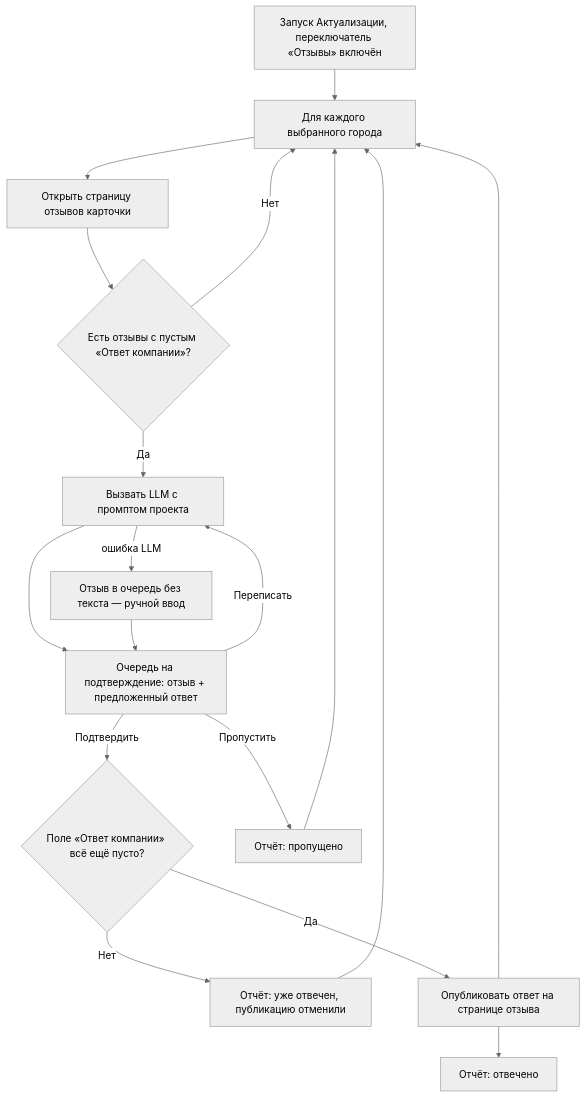
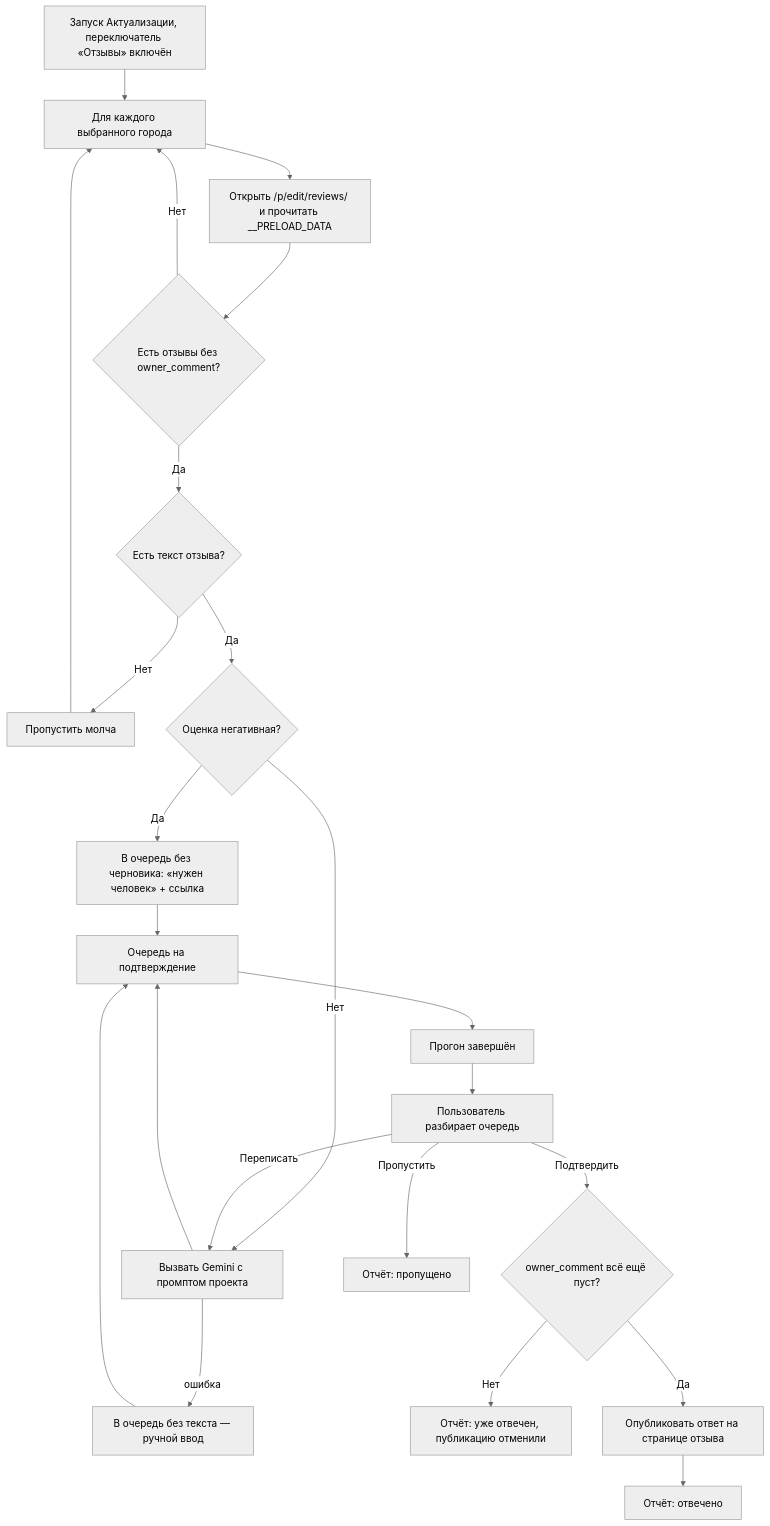
One commit to mag66530/Click changed the second of 4 diagrams in ПОСТАНОВКА-Отзывы.md. Above: the diagram before and after it, drawn with Mermaid (neutral theme). The commit also changed other lines of this file and 1 other file, not shown here.

First line of the commit message:
Отзывы: разбор живой страницы, фикстура, редакция 3 постановки

````diff
--- a/ПОСТАНОВКА-Отзывы.md
+++ b/ПОСТАНОВКА-Отзывы.md
@@ -140,20 +150,25 @@
 ```mermaid
 flowchart TD
     A[Запуск Актуализации, переключатель «Отзывы» включён] --> B[Для каждого выбранного города]
-    B --> C[Открыть страницу отзывов карточки]
-    C --> D{Есть отзывы с пустым «Ответ компании»?}
+    B --> C[Открыть /p/edit/reviews/ и прочитать __PRELOAD_DATA]
+    C --> D{Есть отзывы без owner_comment?}
     D -- Нет --> B
-    D -- Да --> E[Вызвать LLM с промптом проекта]
-    E -- ошибка LLM --> E2[Отзыв в очередь без текста — ручной ввод]
-    E --> F[Очередь на подтверждение: отзыв + предложенный ответ]
+    D -- Да --> F1{Есть текст отзыва?}
+    F1 -- Нет --> S[Пропустить молча]
+    F1 -- Да --> F2{Оценка негативная?}
+    F2 -- Да --> M[В очередь без черновика: «нужен человек» + ссылка]
+    F2 -- Нет --> E[Вызвать Gemini с промптом проекта]
+    E -- ошибка --> E2[В очередь без текста — ручной ввод]
+    E --> F[Очередь на подтверждение]
     E2 --> F
-    F -- Переписать --> E
-    F -- Подтвердить --> P{Поле «Ответ компании» всё ещё пусто?}
+    M --> F
+    S --> B
+    F --> Z[Прогон завершён]
+    Z --> R[Пользователь разбирает очередь]
+    R -- Переписать --> E
+    R -- Подтвердить --> P{owner_comment всё ещё пуст?}
     P -- Нет --> J[Отчёт: уже отвечен, публикацию отменили]
     P -- Да --> G[Опубликовать ответ на странице отзыва]
     G --> H[Отчёт: отвечено]
-    F -- Пропустить --> I[Отчёт: пропущено]
-    G --> B
-    I --> B
-    J --> B
+    R -- Пропустить --> I[Отчёт: пропущено]
 ```
````
